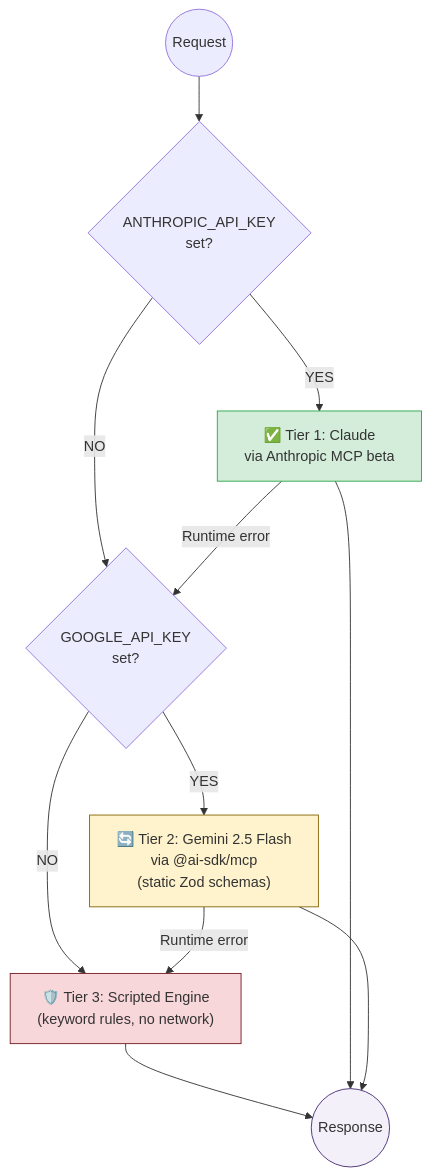
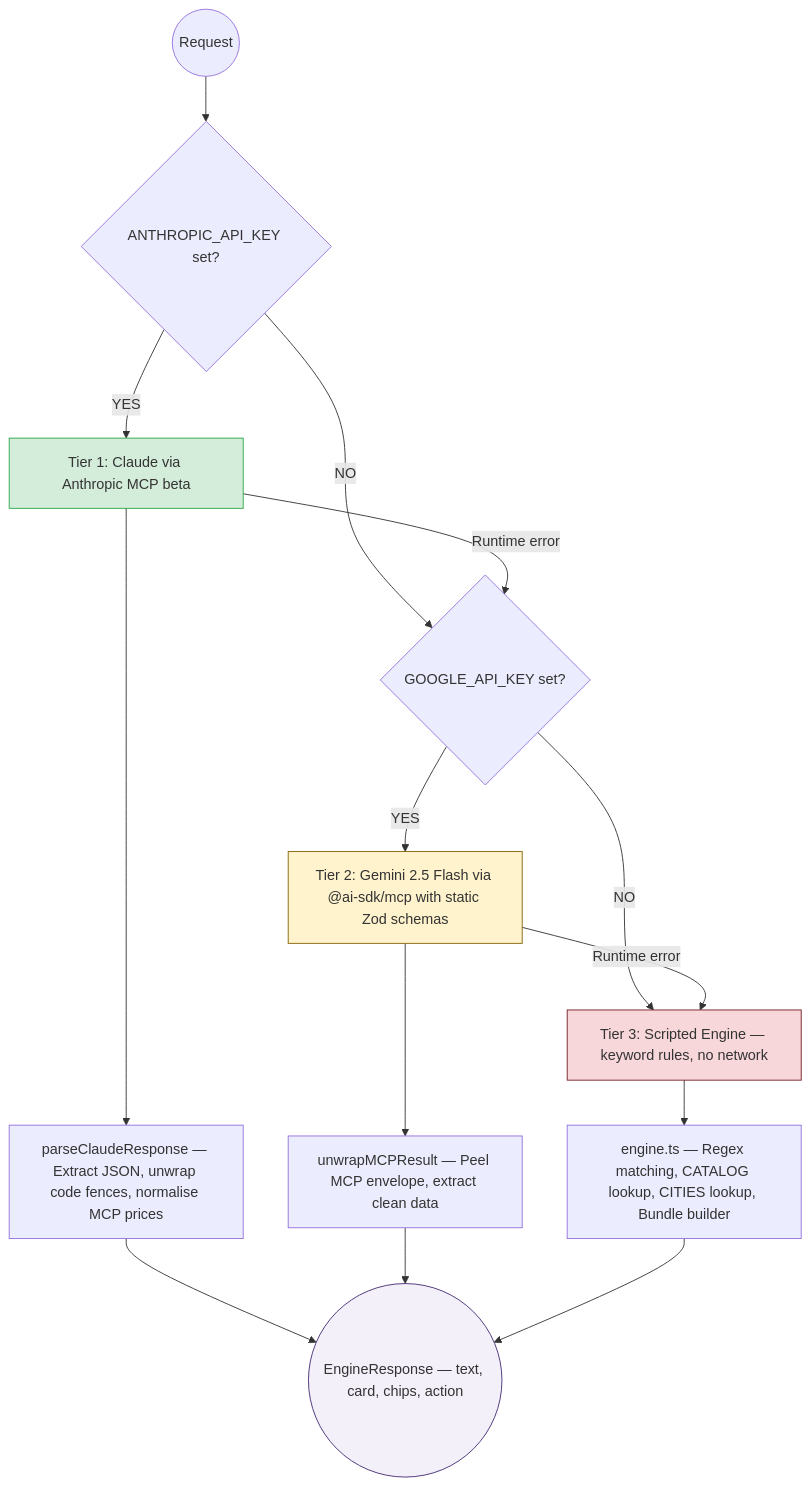
The third of 5 diagrams in README.md (LasaKaru/kapri), drawn with Mermaid before and after one commit. The commit also changed other lines of this file and 2 other files, not shown here.

Commit message:
feat: implement Gemini MCP integration and system prompt orchestration

````diff
--- a/README.md
+++ b/README.md
@@ -80,23 +199,27 @@
 ```mermaid
 flowchart TD
-    REQ((Request)) --> CHECK1{ANTHROPIC_API_KEY<br/>set?}
+    REQ((Request)) --> CHECK1{ANTHROPIC_API_KEY set?}
 
-    CHECK1 -- YES --> T1["✅ Tier 1: Claude<br/>via Anthropic MCP beta"]
+    CHECK1 -- YES --> T1["Tier 1: Claude via Anthropic MCP beta"]
     CHECK1 -- NO --> CHECK2
 
-    T1 -- "Runtime error" --> CHECK2{GOOGLE_API_KEY<br/>set?}
+    T1 -- "Runtime error" --> CHECK2{GOOGLE_API_KEY set?}
+    T1 --> PARSE["parseClaudeResponse — Extract JSON, unwrap code fences, normalise MCP prices"]
 
-    CHECK2 -- YES --> T2["🔄 Tier 2: Gemini 2.5 Flash<br/>via @ai-sdk/mcp<br/>(static Zod schemas)"]
+    CHECK2 -- YES --> T2["Tier 2: Gemini 2.5 Flash via @ai-sdk/mcp with static Zod schemas"]
     CHECK2 -- NO --> T3
 
-    T2 -- "Runtime error" --> T3["🛡️ Tier 3: Scripted Engine<br/>(keyword rules, no network)"]
+    T2 -- "Runtime error" --> T3["Tier 3: Scripted Engine — keyword rules, no network"]
+    T2 --> UNWRAP["unwrapMCPResult — Peel MCP envelope, extract clean data"]
 
-    T3 --> RES((Response))
-    T1 --> RES
-    T2 --> RES
+    T3 --> ENG["engine.ts — Regex matching, CATALOG lookup, CITIES lookup, Bundle builder"]
+
+    PARSE --> RES((EngineResponse — text, card, chips, action))
+    UNWRAP --> RES
+    ENG --> RES
 
     style T1 fill:#d4edda,stroke:#28a745
     style T2 fill:#fff3cd,stroke:#856404
     style T3 fill:#f8d7da,stroke:#721c24
     style RES fill:#f3f0fa,stroke:#442A73
 ```
````
